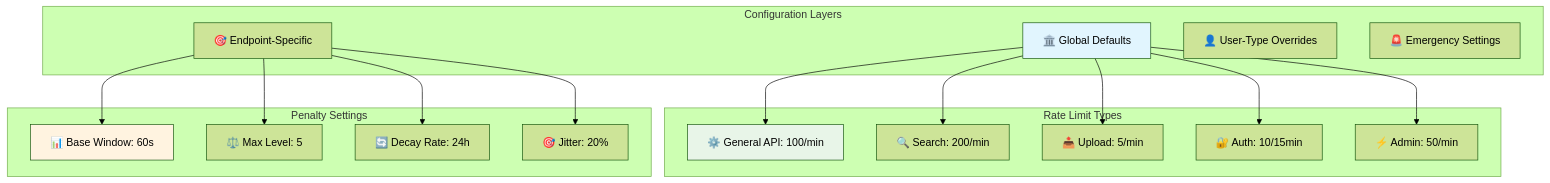
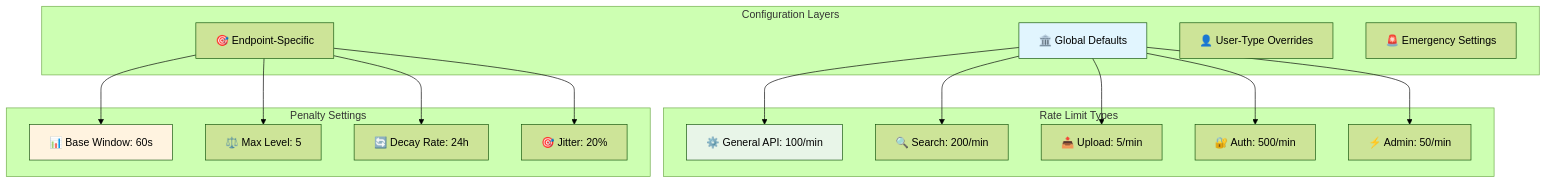
The seventh of 8 diagrams in DOCS/rate-limiting/how-it-works.md (Underwood-Inc/idling.app__UI), drawn with Mermaid (forest theme) before and after one commit. The commit also changed other lines of this file and 85 other files, not shown here.

````diff
--- a/DOCS/rate-limiting/how-it-works.md
+++ b/DOCS/rate-limiting/how-it-works.md
@@ -394,39 +394,39 @@
 ```mermaid
 graph TB
     subgraph "Configuration Layers"
         A[🏛️ Global Defaults]
         B[🎯 Endpoint-Specific]
         C[👤 User-Type Overrides]
         D[🚨 Emergency Settings]
     end
 
     subgraph "Rate Limit Types"
         E[⚙️ General API: 100/min]
         F[🔍 Search: 200/min]
         G[📤 Upload: 5/min]
-        H[🔐 Auth: 10/15min]
+        H[🔐 Auth: 500/min]
         I[⚡ Admin: 50/min]
     end
 
     subgraph "Penalty Settings"
         J[📊 Base Window: 60s]
         K[⚖️ Max Level: 5]
         L[🔄 Decay Rate: 24h]
         M[🎯 Jitter: 20%]
     end
 
     A --> E
     A --> F
     A --> G
     A --> H
     A --> I
 
     B --> J
     B --> K
     B --> L
     B --> M
 
     style A fill:#e1f5fe
     style E fill:#e8f5e8
     style J fill:#fff3e0
 ```
````
